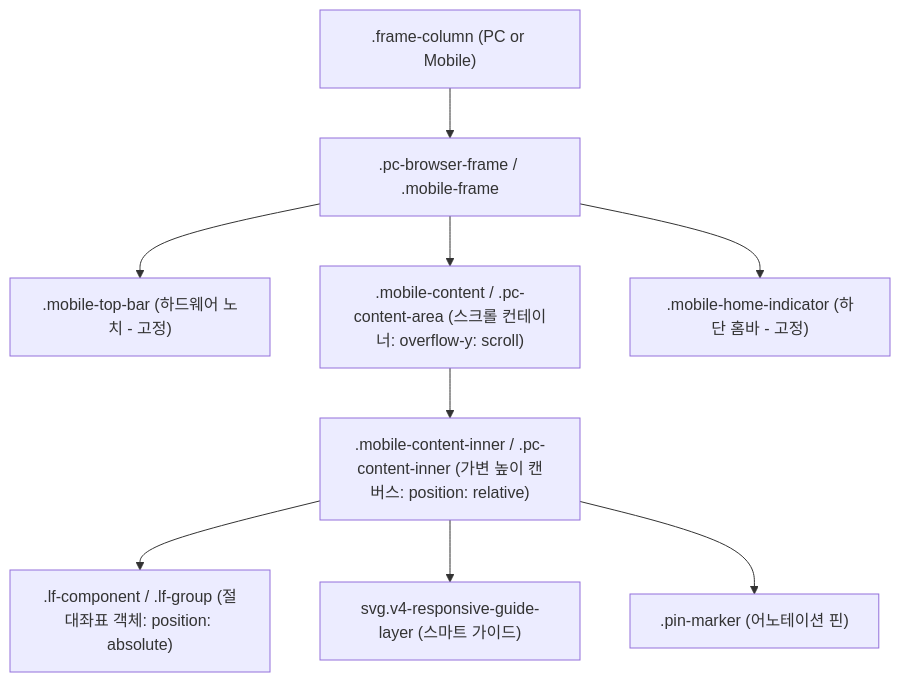
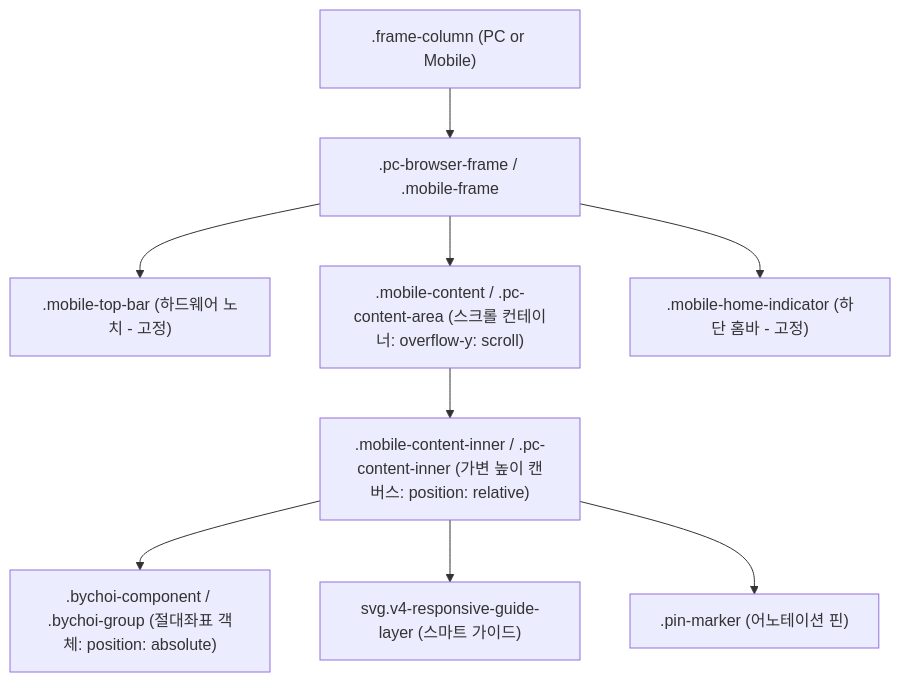
The first of 2 diagrams in docs/plan_responsive_scroll_fixed_navigation.md (bychoi-space/workspace), drawn with Mermaid before and after one commit. The commit also changed other lines of this file and 230 other files, not shown here.

````diff
--- a/docs/plan_responsive_scroll_fixed_navigation.md
+++ b/docs/plan_responsive_scroll_fixed_navigation.md
@@ -45,11 +45,11 @@
 ```mermaid
 graph TD
     A[".frame-column (PC or Mobile)"] --> B[".pc-browser-frame / .mobile-frame"]
     B --> C[".mobile-top-bar (하드웨어 노치 - 고정)"]
     B --> D[".mobile-content / .pc-content-area (스크롤 컨테이너: overflow-y: scroll)"]
     B --> E[".mobile-home-indicator (하단 홈바 - 고정)"]
     D --> F[".mobile-content-inner / .pc-content-inner (가변 높이 캔버스: position: relative)"]
-    F --> G[".lf-component / .lf-group (절대좌표 객체: position: absolute)"]
+    F --> G[".bychoi-component / .bychoi-group (절대좌표 객체: position: absolute)"]
     F --> H["svg.v4-responsive-guide-layer (스마트 가이드)"]
     F --> I[".pin-marker (어노테이션 핀)"]
 ```
````
